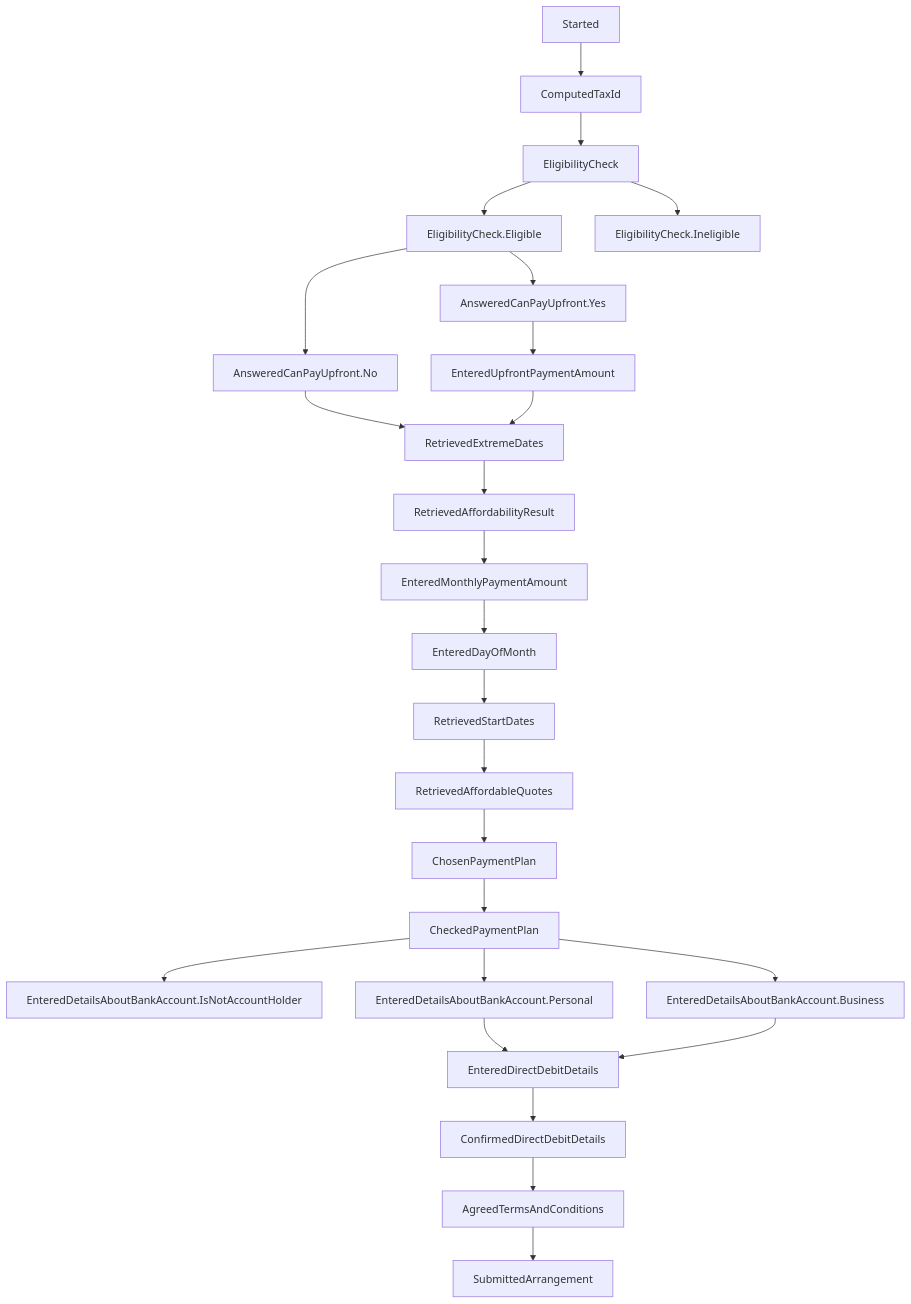
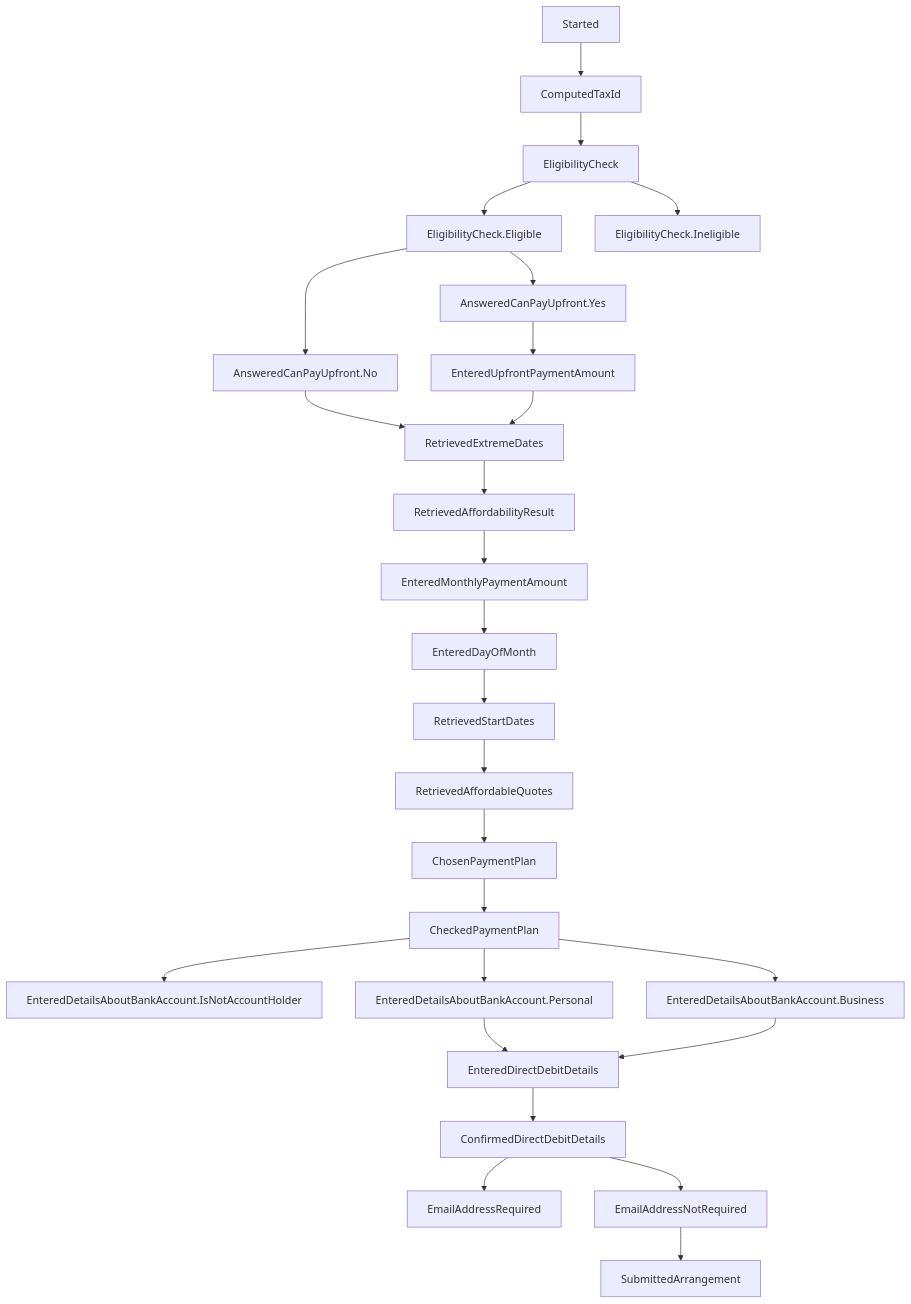
Before and after one commit to hmrc/essttp-backend: the diagram in README.md, drawn with Mermaid. The commit also changed 15 other files, not shown here.

Commit message:
[AC][SUPP-526] Add IsEmailRequired (#73)

````diff
--- a/README.md
+++ b/README.md
@@ -35,26 +35,27 @@
 ```mermaid
 graph TD;
     Started --> ComputedTaxId;
     ComputedTaxId --> EligibilityCheck;
     EligibilityCheck --> EligibilityCheck.Eligible;
     EligibilityCheck --> EligibilityCheck.Ineligible;
     EligibilityCheck.Eligible --> AnsweredCanPayUpfront.Yes;
     EligibilityCheck.Eligible --> AnsweredCanPayUpfront.No;
     AnsweredCanPayUpfront.No --> RetrievedExtremeDates;
     AnsweredCanPayUpfront.Yes --> EnteredUpfrontPaymentAmount --> RetrievedExtremeDates;
     RetrievedExtremeDates --> RetrievedAffordabilityResult;
     RetrievedAffordabilityResult --> EnteredMonthlyPaymentAmount;
     EnteredMonthlyPaymentAmount --> EnteredDayOfMonth;
     EnteredDayOfMonth --> RetrievedStartDates;
     RetrievedStartDates --> RetrievedAffordableQuotes;
     RetrievedAffordableQuotes --> ChosenPaymentPlan;
     ChosenPaymentPlan --> CheckedPaymentPlan;
     CheckedPaymentPlan --> EnteredDetailsAboutBankAccount.IsNotAccountHolder;
     CheckedPaymentPlan --> EnteredDetailsAboutBankAccount.Personal;
     CheckedPaymentPlan --> EnteredDetailsAboutBankAccount.Business;
     EnteredDetailsAboutBankAccount.Personal --> EnteredDirectDebitDetails;
     EnteredDetailsAboutBankAccount.Business --> EnteredDirectDebitDetails;
     EnteredDirectDebitDetails --> ConfirmedDirectDebitDetails;
-    ConfirmedDirectDebitDetails --> AgreedTermsAndConditions;
-    AgreedTermsAndConditions --> SubmittedArrangement;
+    ConfirmedDirectDebitDetails --> EmailAddressRequired;
+    ConfirmedDirectDebitDetails --> EmailAddressNotRequired;
+    EmailAddressNotRequired --> SubmittedArrangement;
 ```
````
